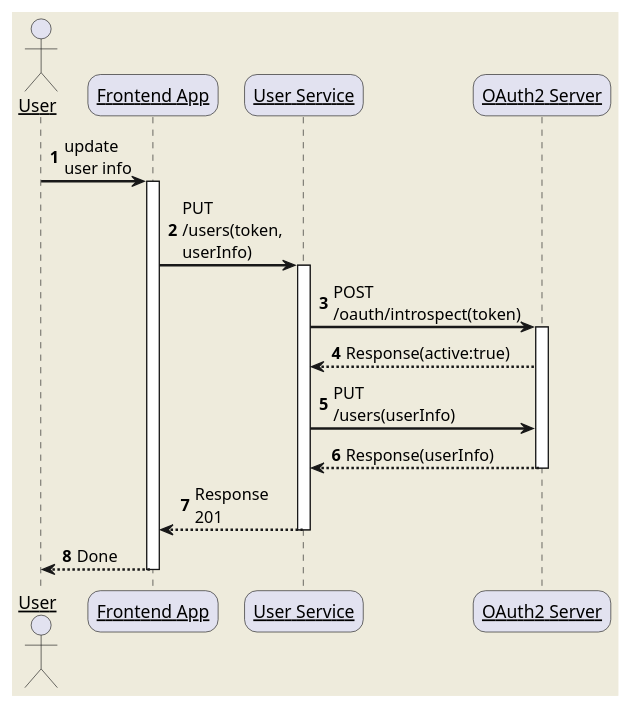
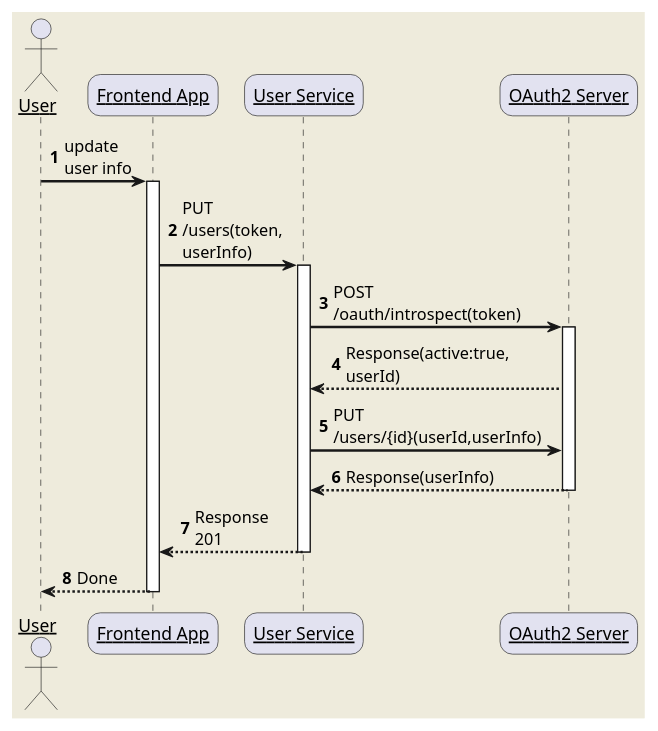
The diagram in doc/sequence/user-update.puml (Hannibal0416/modern-renting-service), drawn with PlantUML before and after one commit. The commit also changed 30 other files, not shown here.

```diff
--- a/doc/sequence/user-update.puml
+++ b/doc/sequence/user-update.puml
@@ -1,35 +1,35 @@
 @startuml
 skinparam backgroundColor #EEEBDC
 skinparam handwritten false
 skinparam sequenceArrowThickness 2
 skinparam roundcorner 20
 skinparam maxmessagesize 60
 skinparam sequenceParticipant underline
 
 actor User
 participant "Frontend App" as Frontend
 participant "User Service" as UserService
 participant "OAuth2 Server" as OAuth
 
 autonumber 1
 User -> Frontend: update user info
 activate Frontend
 
 Frontend -> UserService: PUT /users(token, userInfo)
 activate UserService
 
 UserService -> OAuth: POST /oauth/introspect(token)
 activate OAuth
-OAuth --> UserService: Response(active:true)
+OAuth --> UserService: Response(active:true, userId)
 
-UserService -> OAuth: PUT /users(userInfo)
+UserService -> OAuth: PUT /users/{id}(userId,userInfo)
 
 OAuth --> UserService: Response(userInfo)
 deactivate OAuth
 
 UserService --> Frontend: Response 201
 deactivate UserService
 
 Frontend --> User: Done
 deactivate Frontend
 @enduml
```
